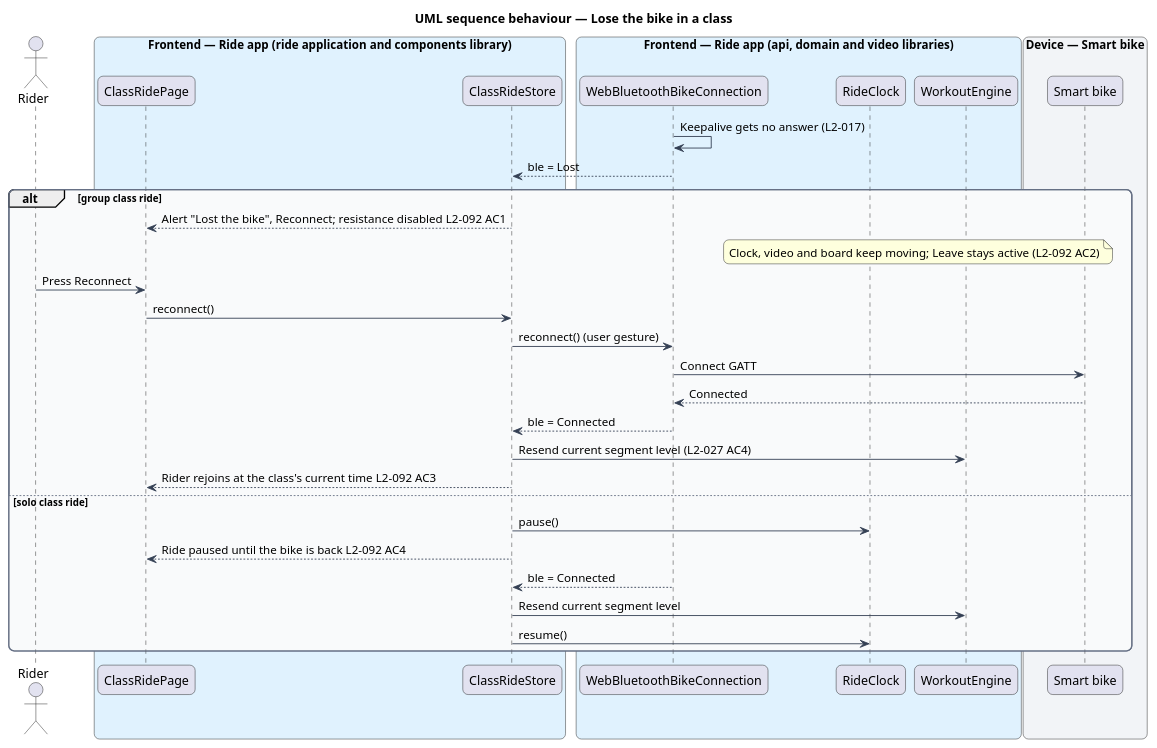
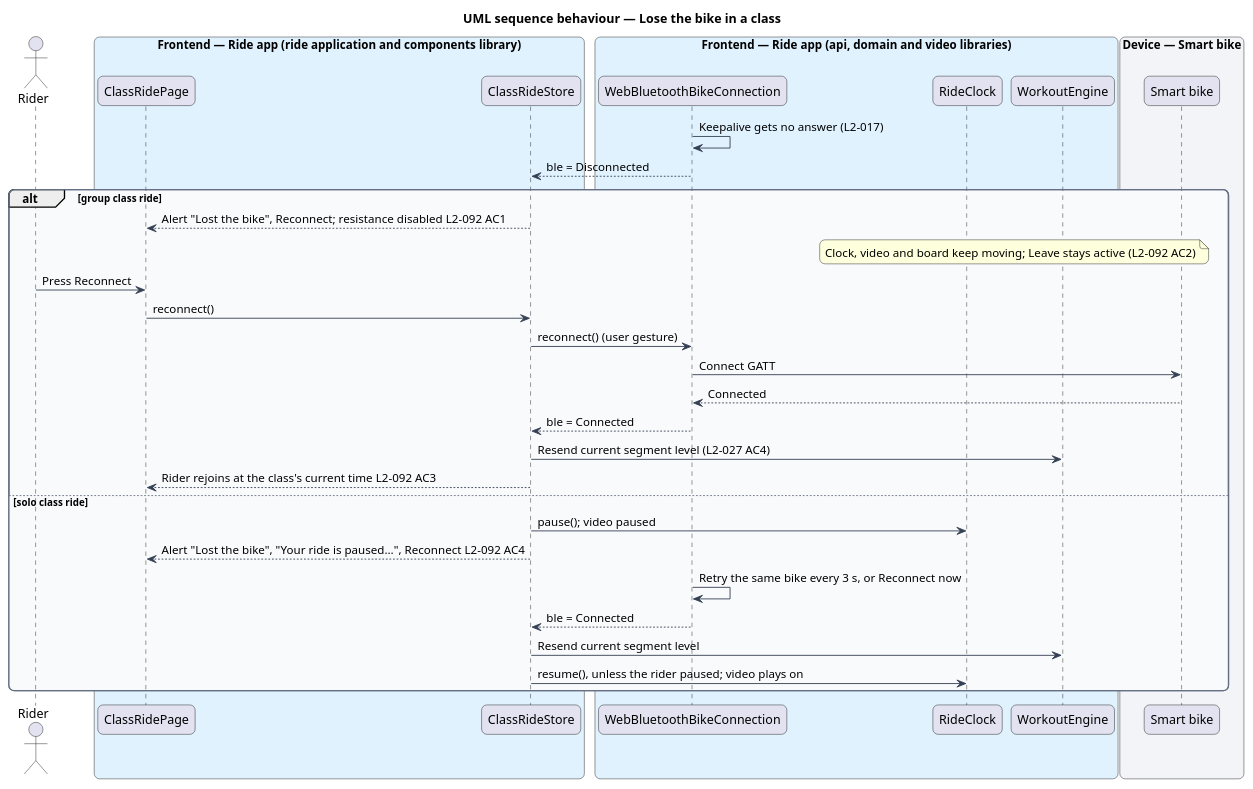
One commit to QuinntyneBrown/ride-one changed the diagram in docs/detailed-designs/classes/pause-leave-or-finish-a-class/diagrams/sequence-lose-the-bike.puml. Above: the diagram before and after it, drawn with PlantUML. The commit also changed 14 other files, not shown here.

```diff
--- a/docs/detailed-designs/classes/pause-leave-or-finish-a-class/diagrams/sequence-lose-the-bike.puml
+++ b/docs/detailed-designs/classes/pause-leave-or-finish-a-class/diagrams/sequence-lose-the-bike.puml
@@ -1,50 +1,51 @@
 @startuml
 title UML sequence behaviour — Lose the bike in a class
 skinparam backgroundColor #FFFFFF
 skinparam shadowing false
 skinparam roundcorner 12
 skinparam defaultFontName Arial
 skinparam ArrowColor #344054
 skinparam rectangle {
   BorderColor #344054
   FontColor #101828
 }
 skinparam package {
   BorderColor #667085
   FontColor #101828
   BackgroundColor #F9FAFB
 }
 actor "Rider" as rider
 box "Frontend — Ride app (ride application and components library)" #E0F2FE
   participant "ClassRidePage" as page
   participant "ClassRideStore" as store
 end box
 box "Frontend — Ride app (api, domain and video libraries)" #E0F2FE
   participant "WebBluetoothBikeConnection" as conn
   participant "RideClock" as clock
   participant "WorkoutEngine" as engine
 end box
 box "Device — Smart bike" #F2F4F7
   participant "Smart bike" as bike
 end box
 conn -> conn : Keepalive gets no answer (L2-017)
-conn --> store : ble = Lost
+conn --> store : ble = Disconnected
 alt group class ride
   store --> page : Alert "Lost the bike", Reconnect; resistance disabled L2-092 AC1
   note over clock, engine : Clock, video and board keep moving; Leave stays active (L2-092 AC2)
   rider -> page : Press Reconnect
   page -> store : reconnect()
   store -> conn : reconnect() (user gesture)
   conn -> bike : Connect GATT
   bike --> conn : Connected
   conn --> store : ble = Connected
   store -> engine : Resend current segment level (L2-027 AC4)
   store --> page : Rider rejoins at the class's current time L2-092 AC3
 else solo class ride
-  store -> clock : pause()
-  store --> page : Ride paused until the bike is back L2-092 AC4
+  store -> clock : pause(); video paused
+  store --> page : Alert "Lost the bike", "Your ride is paused…", Reconnect L2-092 AC4
+  conn -> conn : Retry the same bike every 3 s, or Reconnect now
   conn --> store : ble = Connected
   store -> engine : Resend current segment level
-  store -> clock : resume()
+  store -> clock : resume(), unless the rider paused; video plays on
 end
 @enduml
```
